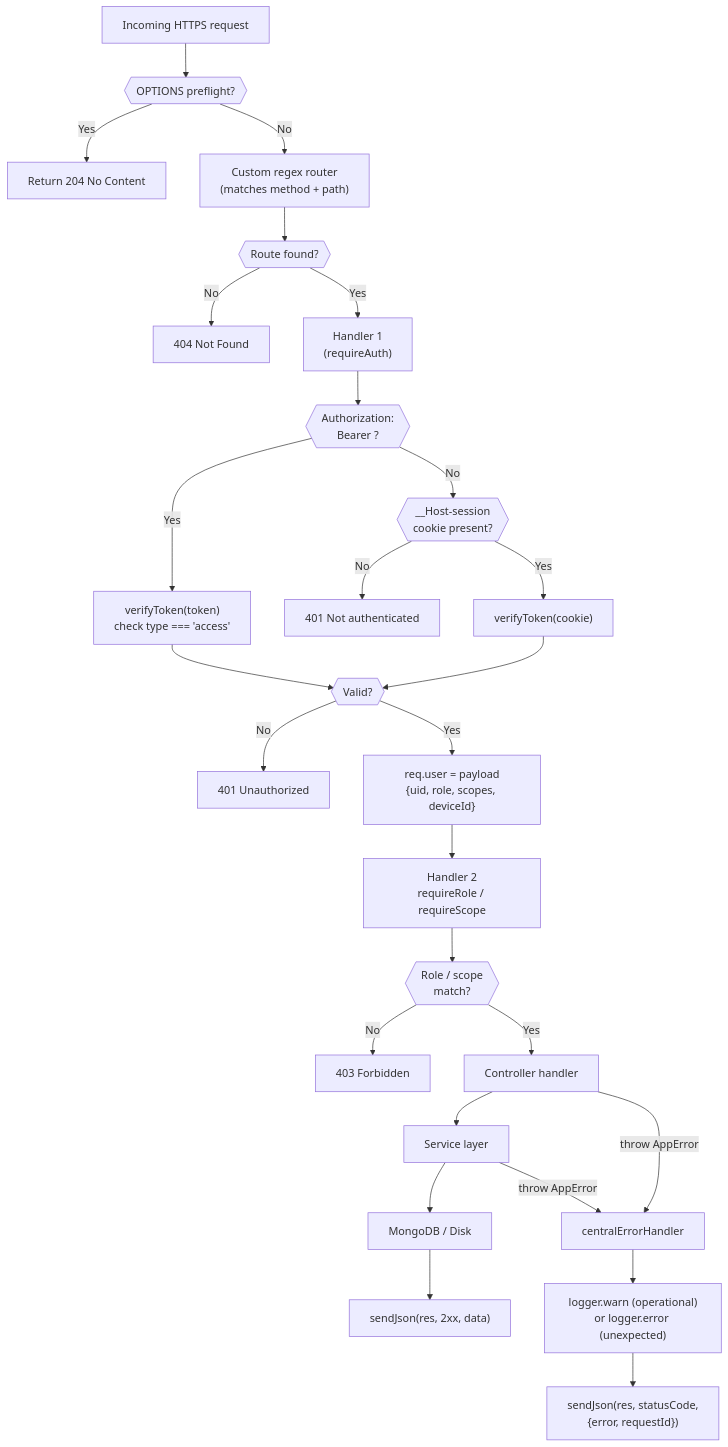
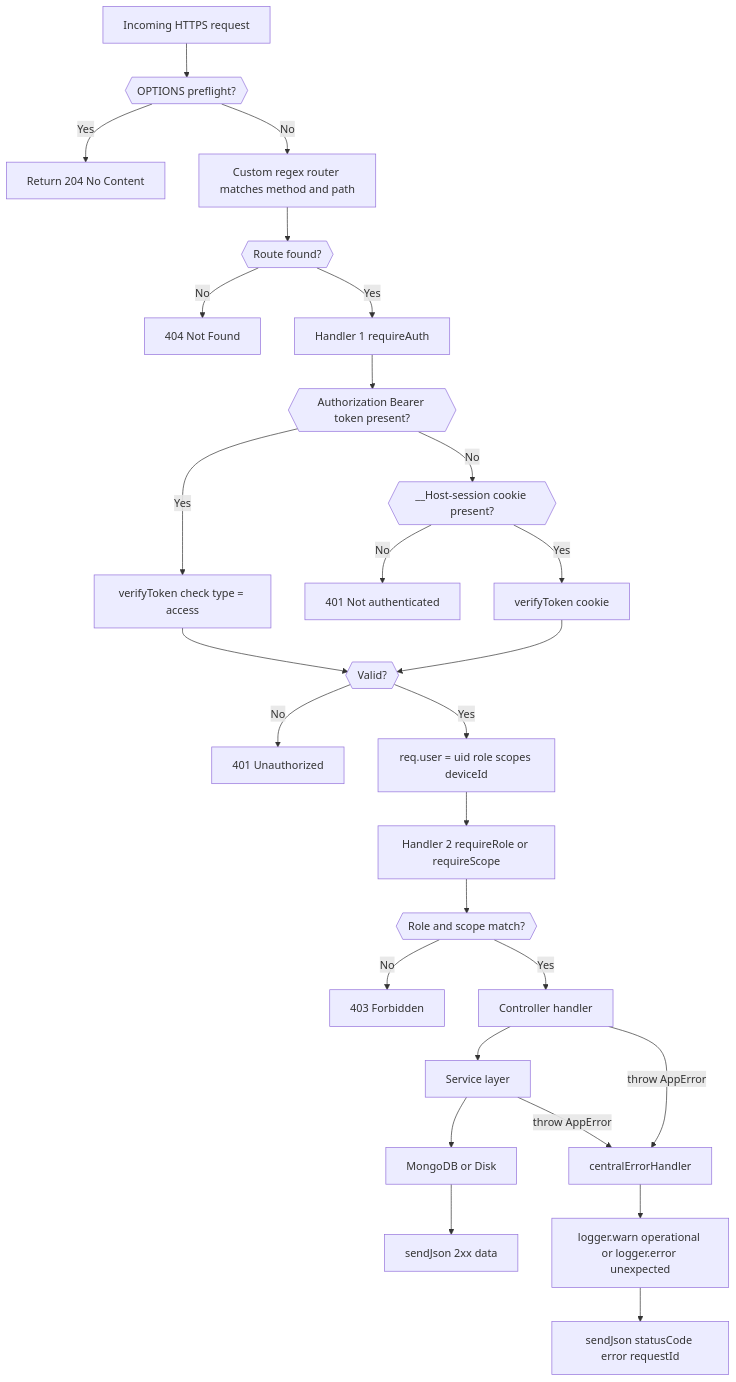
One commit to guptaankit0010/securefd changed the fifth of 10 diagrams in README.md. Above: the diagram before and after it, drawn with Mermaid. The commit also changed other lines of this file, not shown here.

````diff
--- a/README.md
+++ b/README.md
@@ -522,37 +522,37 @@
 ```mermaid
 flowchart TD
     Req["Incoming HTTPS request"] --> CORS
 
     CORS{{"OPTIONS preflight?"}}
     CORS -- Yes --> Return204["Return 204 No Content"]
-    CORS -- No --> Router["Custom regex router\n(matches method + path)"]
+    CORS -- No --> Router["Custom regex router matches method and path"]
 
     Router --> NotFound{{"Route found?"}}
     NotFound -- No --> Err404["404 Not Found"]
-    NotFound -- Yes --> H1["Handler 1\n(requireAuth)"]
+    NotFound -- Yes --> H1["Handler 1 requireAuth"]
 
-    H1 --> BearerCheck{{"Authorization:\nBearer <token>?"}}
-    BearerCheck -- Yes --> VerifyAccess["verifyToken(token)\ncheck type === 'access'"]
-    BearerCheck -- No --> CookieCheck{{"__Host-session\ncookie present?"}}
+    H1 --> BearerCheck{{"Authorization Bearer token present?"}}
+    BearerCheck -- Yes --> VerifyAccess["verifyToken check type = access"]
+    BearerCheck -- No --> CookieCheck{{"__Host-session cookie present?"}}
     CookieCheck -- No --> Err401A["401 Not authenticated"]
-    CookieCheck -- Yes --> VerifyCookie["verifyToken(cookie)"]
+    CookieCheck -- Yes --> VerifyCookie["verifyToken cookie"]
 
     VerifyAccess --> TokenOK{{"Valid?"}}
     VerifyCookie --> TokenOK
     TokenOK -- No --> Err401B["401 Unauthorized"]
-    TokenOK -- Yes --> SetUser["req.user = payload\n{uid, role, scopes, deviceId}"]
+    TokenOK -- Yes --> SetUser["req.user = uid role scopes deviceId"]
 
-    SetUser --> H2["Handler 2\nrequireRole / requireScope"]
-    H2 --> Guard{{"Role / scope\nmatch?"}}
+    SetUser --> H2["Handler 2 requireRole or requireScope"]
+    H2 --> Guard{{"Role and scope match?"}}
     Guard -- No --> Err403["403 Forbidden"]
     Guard -- Yes --> Controller["Controller handler"]
 
     Controller --> Service["Service layer"]
-    Service --> DB["MongoDB / Disk"]
-    DB --> Response["sendJson(res, 2xx, data)"]
+    Service --> DB["MongoDB or Disk"]
+    DB --> Response["sendJson 2xx data"]
 
     Controller -->|"throw AppError"| EH["centralErrorHandler"]
     Service    -->|"throw AppError"| EH
-    EH --> LogWarn["logger.warn (operational)\nor logger.error (unexpected)"]
-    LogWarn --> ErrResponse["sendJson(res, statusCode,\n{error, requestId})"]
+    EH --> LogWarn["logger.warn operational or logger.error unexpected"]
+    LogWarn --> ErrResponse["sendJson statusCode error requestId"]
 ```
````
